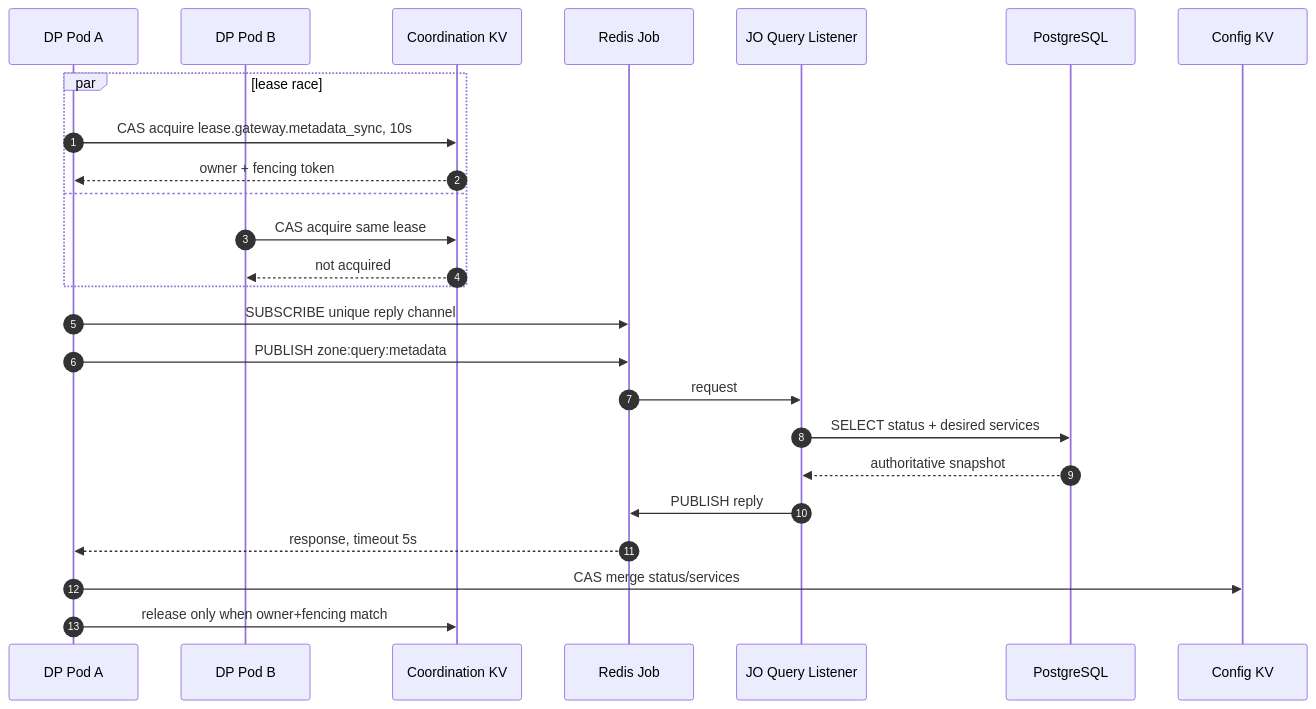
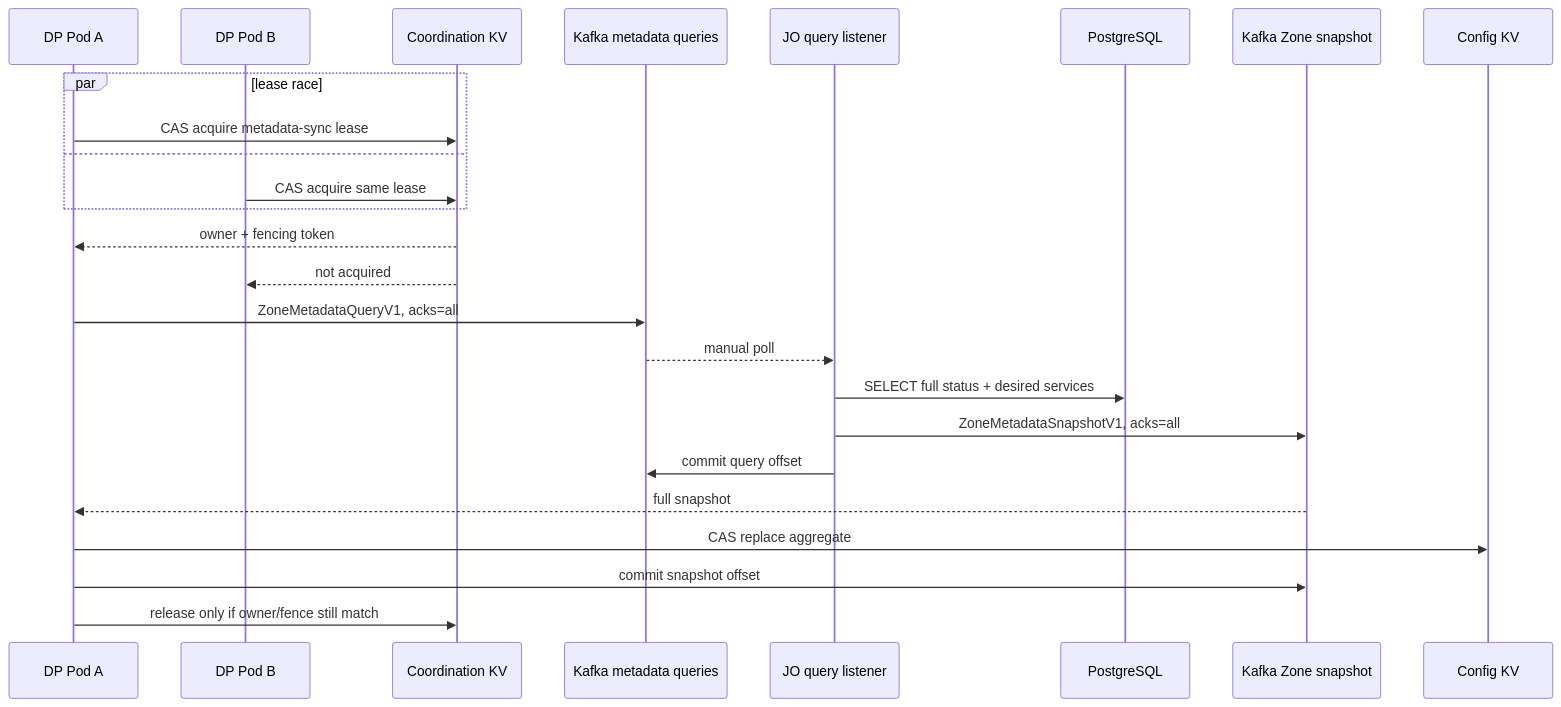
One commit to phucle996/aurora changed the third of 3 diagrams in god_view/hierarchy/zone_metadata_sync_and_state_machine_god_view.md. Above: the diagram before and after it, drawn with Mermaid. The commit also changed other lines of this file and 91 other files, not shown here.

Commit message:
feat: migrate job-orchestrator and dataplane communication from Redis PubSub to Kafka transport layer

````diff
--- a/god_view/hierarchy/zone_metadata_sync_and_state_machine_god_view.md
+++ b/god_view/hierarchy/zone_metadata_sync_and_state_machine_god_view.md
@@ -101,28 +103,28 @@
 ```mermaid
 sequenceDiagram
-    autonumber
-    participant DPA as DP Pod A
-    participant DPB as DP Pod B
-    participant CKV as Coordination KV
-    participant RJ as Redis Job
-    participant JO as JO Query Listener
+    participant A as DP Pod A
+    participant B as DP Pod B
+    participant C as Coordination KV
+    participant KQ as Kafka metadata queries
+    participant JO as JO query listener
     participant PG as PostgreSQL
-    participant CFG as Config KV
+    participant KS as Kafka Zone snapshot
+    participant KV as Config KV
 
     par lease race
-        DPA->>CKV: CAS acquire lease.gateway.metadata_sync, 10s
-        CKV-->>DPA: owner + fencing token
+        A->>C: CAS acquire metadata-sync lease
     and
-        DPB->>CKV: CAS acquire same lease
-        CKV-->>DPB: not acquired
+        B->>C: CAS acquire same lease
     end
-    DPA->>RJ: SUBSCRIBE unique reply channel
-    DPA->>RJ: PUBLISH zone:query:metadata
-    RJ->>JO: request
-    JO->>PG: SELECT status + desired services
-    PG-->>JO: authoritative snapshot
-    JO->>RJ: PUBLISH reply
-    RJ-->>DPA: response, timeout 5s
-    DPA->>CFG: CAS merge status/services
-    DPA->>CKV: release only when owner+fencing match
+    C-->>A: owner + fencing token
+    C-->>B: not acquired
+    A->>KQ: ZoneMetadataQueryV1, acks=all
+    KQ-->>JO: manual poll
+    JO->>PG: SELECT full status + desired services
+    JO->>KS: ZoneMetadataSnapshotV1, acks=all
+    JO->>KQ: commit query offset
+    KS-->>A: full snapshot
+    A->>KV: CAS replace aggregate
+    A->>KS: commit snapshot offset
+    A->>C: release only if owner/fence still match
 ```
````
